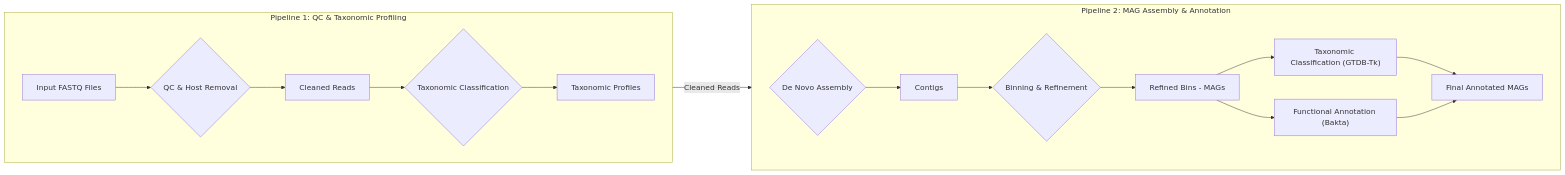
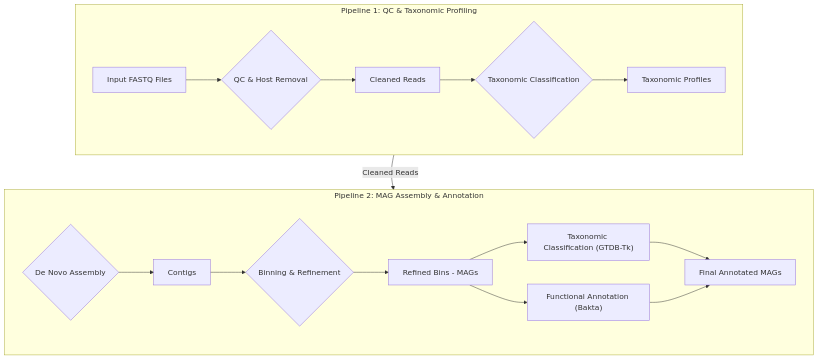
One commit to ystone1101/metagenome-pipeline changed the diagram in README.md. Above: the diagram before and after it, drawn with Mermaid. The commit also changed other lines of this file, not shown here.

Commit message:
docs: Improve and update README.md

````diff
--- a/README.md
+++ b/README.md
@@ -51,28 +51,26 @@
 ```mermaid
-graph LR
-    %% 전체 파이프라인을 두 개의 주요 단계로 그룹화합니다.
+graph TD
+    %% === 파이프라인 1 (내부 흐름: 좌 -> 우) ===
     subgraph "Pipeline 1: QC & Taxonomic Profiling"
         direction LR
         A[Input FASTQ Files] --> B{QC & Host Removal};
         B --> C[Cleaned Reads];
         C --> D{Taxonomic Classification};
         D --> E[Taxonomic Profiles];
     end
 
+    %% === 파이프라인 2 (내부 흐름: 좌 -> 우) ===
     subgraph "Pipeline 2: MAG Assembly & Annotation"
         direction LR
         G{De Novo Assembly} --> H[Contigs];
         H --> I{Binning & Refinement};
         I --> J[Refined Bins - MAGs];
-        
-        %% MAG 분석은 두 개의 병렬 프로세스로 진행됩니다.
         J --> K["Taxonomic Classification (GTDB-Tk)"];
         J --> M["Functional Annotation (Bakta)"];
-
-        %% 두 Annotation 결과를 최종적으로 통합합니다.
         K & M --> L[Final Annotated MAGs];
     end
 
-    %% 두 파이프라인은 'Cleaned Reads'를 통해 연결됩니다.
+    %% === 연결선 (위치 고정 포함) ===
     C -- Cleaned Reads --> G;
+    E ~~~ G;
 ```
````
